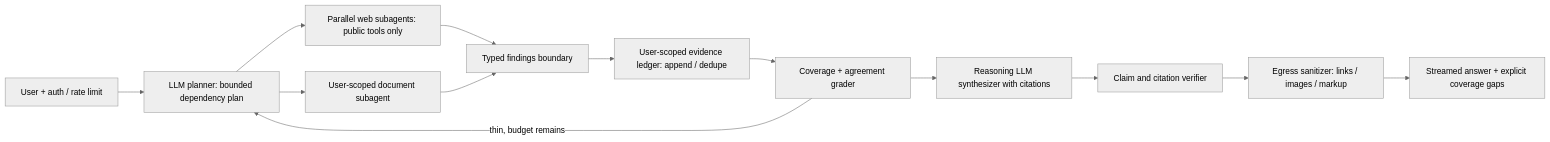
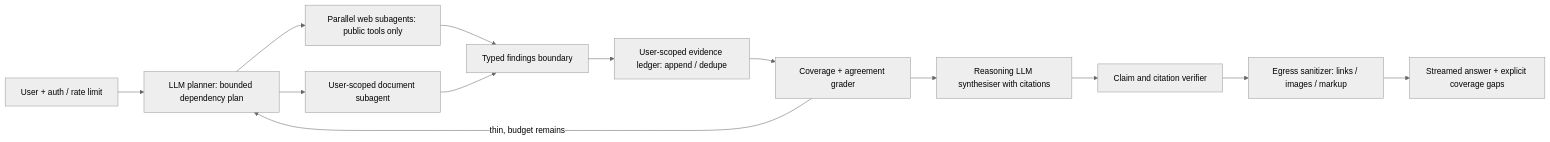
The diagram in site/content/modules/15-fde-case-studies/knowledge-retrieval/deep-research-agent/main.md (Sourav692/Forward-Deployed-Engineer-Interview-Prep), drawn with Mermaid (neutral theme) before and after one commit. The commit also changed other lines of this file and 197 other files, not shown here.

````diff
--- a/site/content/modules/15-fde-case-studies/knowledge-retrieval/deep-research-agent/main.md
+++ b/site/content/modules/15-fde-case-studies/knowledge-retrieval/deep-research-agent/main.md
@@ -74,15 +74,15 @@
 ```mermaid
 flowchart LR
   U[User + auth / rate limit] --> P[LLM planner: bounded dependency plan]
   P --> W[Parallel web subagents: public tools only]
   P --> D[User-scoped document subagent]
   W --> T[Typed findings boundary]
   D --> T
   T --> L[User-scoped evidence ledger: append / dedupe]
   L --> G[Coverage + agreement grader]
   G -->|thin, budget remains| P
-  G --> Y[Reasoning LLM synthesizer with citations]
+  G --> Y[Reasoning LLM synthesiser with citations]
   Y --> V[Claim and citation verifier]
   V --> E[Egress sanitizer: links / images / markup]
   E --> O[Streamed answer + explicit coverage gaps]
 ```
````
